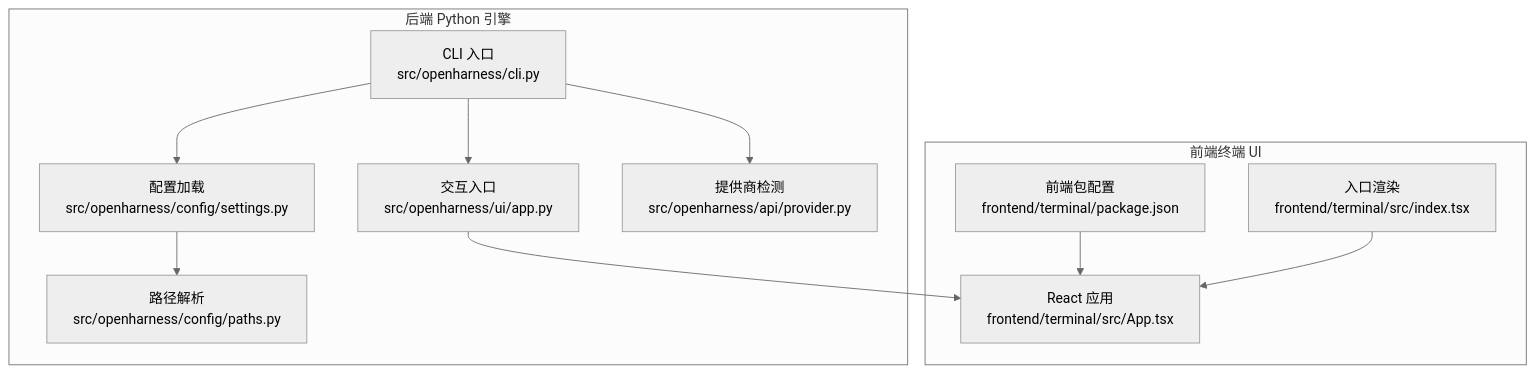
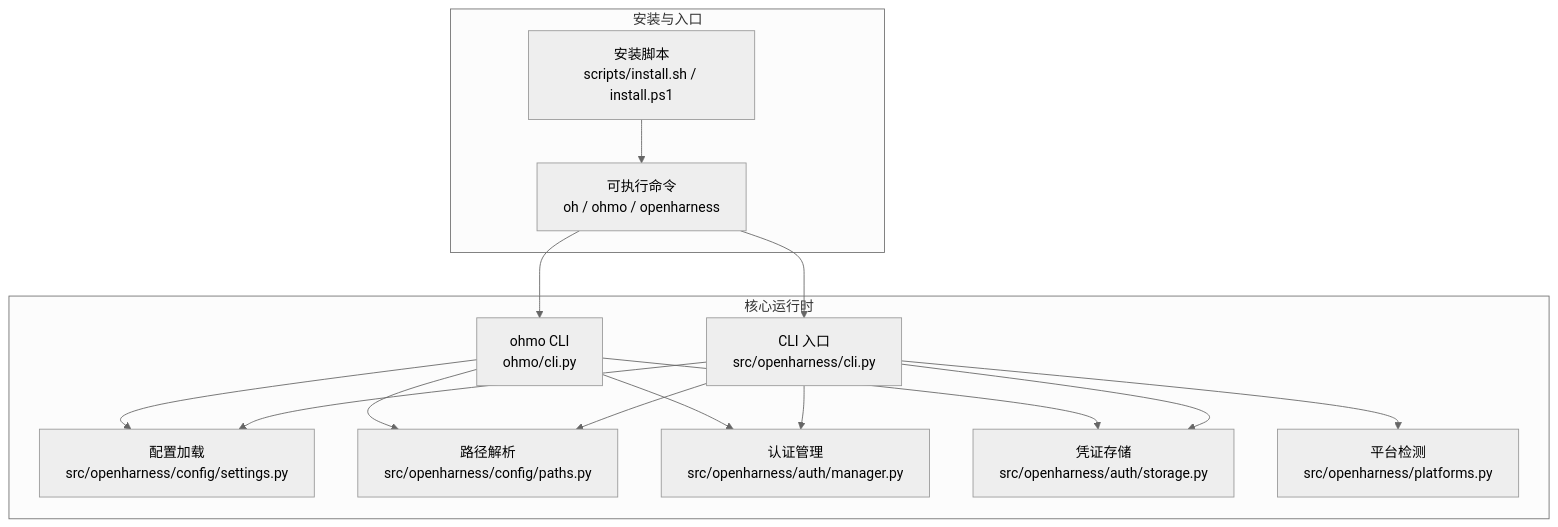
Before and after one commit to haolange/OpenHarness: the first of 6 diagrams in .qoder/repowiki/zh/content/快速开始.md, drawn with Mermaid (neutral theme). The commit also changed other lines of this file and 222 other files, not shown here.

````diff
--- a/.qoder/repowiki/zh/content/快速开始.md
+++ b/.qoder/repowiki/zh/content/快速开始.md
@@ -42,22 +42,28 @@
 ```mermaid
 graph TB
-subgraph "后端 Python 引擎"
-CLI["CLI 入口<br/>src/openharness/cli.py"]
-APP["交互入口<br/>src/openharness/ui/app.py"]
-CFG["配置加载<br/>src/openharness/config/settings.py"]
-PATHS["路径解析<br/>src/openharness/config/paths.py"]
-PROVIDER["提供商检测<br/>src/openharness/api/provider.py"]
+subgraph "安装与入口"
+A["安装脚本<br/>scripts/install.sh / install.ps1"]
+B["可执行命令<br/>oh / ohmo / openharness"]
 end
-subgraph "前端终端 UI"
-FE_PKG["前端包配置<br/>frontend/terminal/package.json"]
-FE_APP["React 应用<br/>frontend/terminal/src/App.tsx"]
-FE_INDEX["入口渲染<br/>frontend/terminal/src/index.tsx"]
+subgraph "核心运行时"
+C["CLI 入口<br/>src/openharness/cli.py"]
+D["ohmo CLI<br/>ohmo/cli.py"]
+E["配置加载<br/>src/openharness/config/settings.py"]
+F["路径解析<br/>src/openharness/config/paths.py"]
+G["认证管理<br/>src/openharness/auth/manager.py"]
+H["凭证存储<br/>src/openharness/auth/storage.py"]
+I["平台检测<br/>src/openharness/platforms.py"]
 end
-CLI --> APP
-CLI --> CFG
-CFG --> PATHS
-APP --> FE_APP
-FE_PKG --> FE_APP
-FE_INDEX --> FE_APP
-CLI --> PROVIDER
+A --> B
+B --> C
+B --> D
+C --> E
+C --> F
+C --> G
+C --> H
+C --> I
+D --> E
+D --> F
+D --> G
+D --> H
 ```
````
